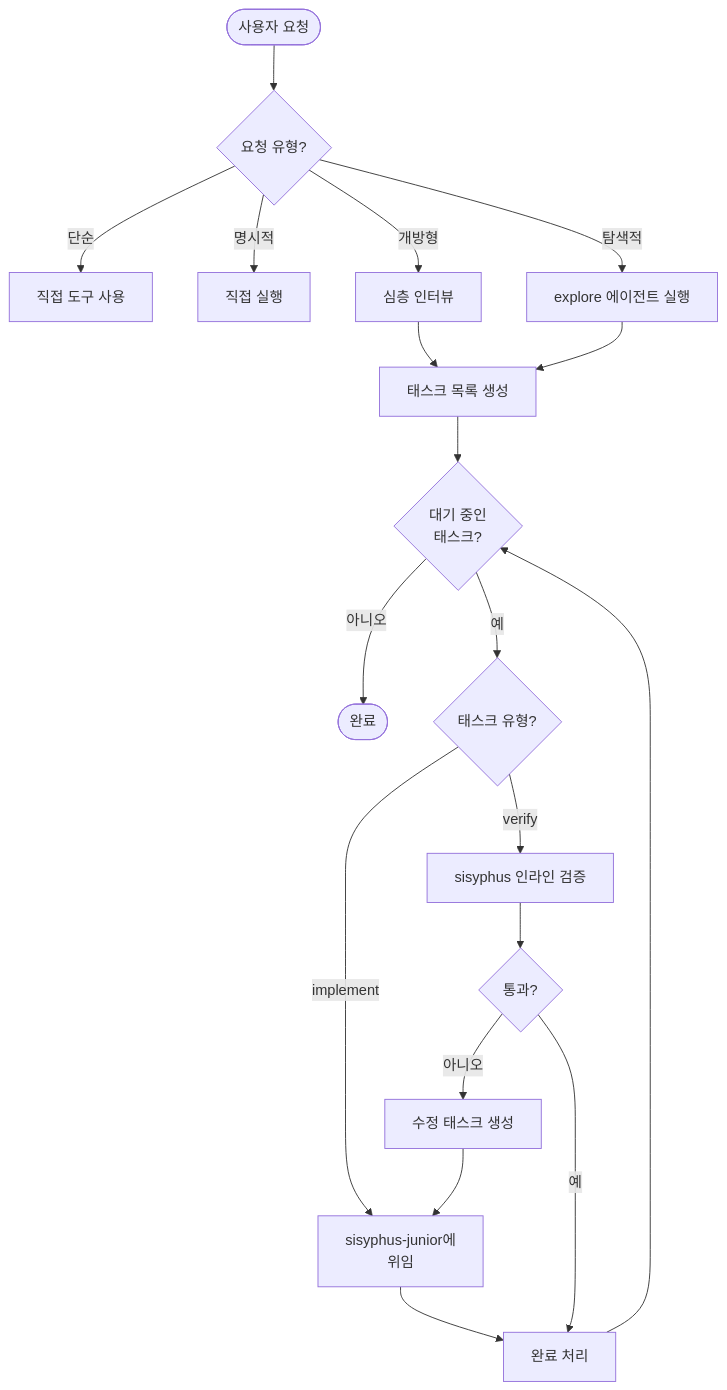
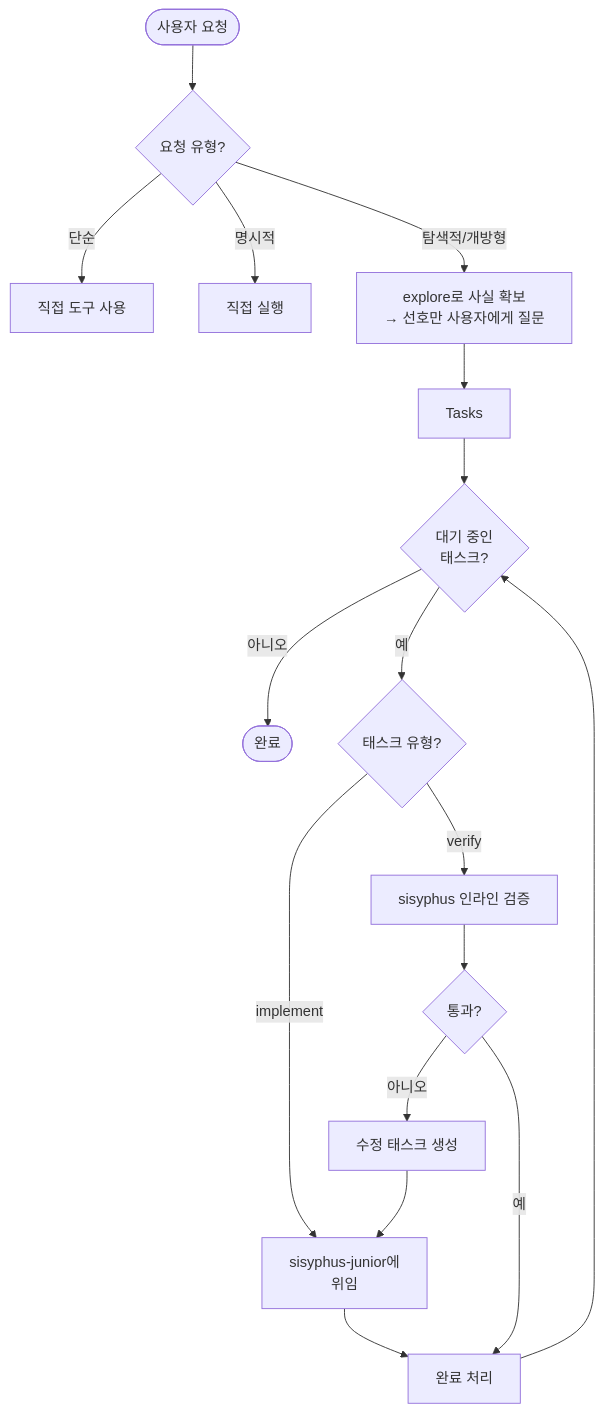
The fourth of 4 diagrams in docs/skills/core-pipeline.md (toongri/oh-my-toong-playground), drawn with Mermaid before and after one commit. The commit also changed other lines of this file and 3 other files, not shown here.

````diff
--- a/docs/skills/core-pipeline.md
+++ b/docs/skills/core-pipeline.md
@@ -131,23 +131,21 @@
 ```mermaid
 flowchart TB
     Start([사용자 요청]) --> Classify{요청 유형?}
     Classify -->|단순| Direct[직접 도구 사용]
     Classify -->|명시적| Execute[직접 실행]
-    Classify -->|탐색적| Explore[explore 에이전트 실행]
-    Classify -->|개방형| Interview[심층 인터뷰]
+    Classify -->|탐색적/개방형| Explore[explore로 사실 확보<br/>→ 선호만 사용자에게 질문]
 
-    Interview --> Tasks[태스크 목록 생성]
     Explore --> Tasks
 
     Tasks --> Loop{대기 중인<br/>태스크?}
     Loop -->|아니오| Done([완료])
     Loop -->|예| Route{태스크 유형?}
     Route -->|implement| Delegate[sisyphus-junior에<br/>위임]
     Delegate --> Complete[완료 처리]
     Route -->|verify| Review[sisyphus 인라인 검증]
     Review --> Pass{통과?}
     Pass -->|예| Complete
     Pass -->|아니오| Fix[수정 태스크 생성]
     Fix --> Delegate
     Complete --> Loop
 ```
````
